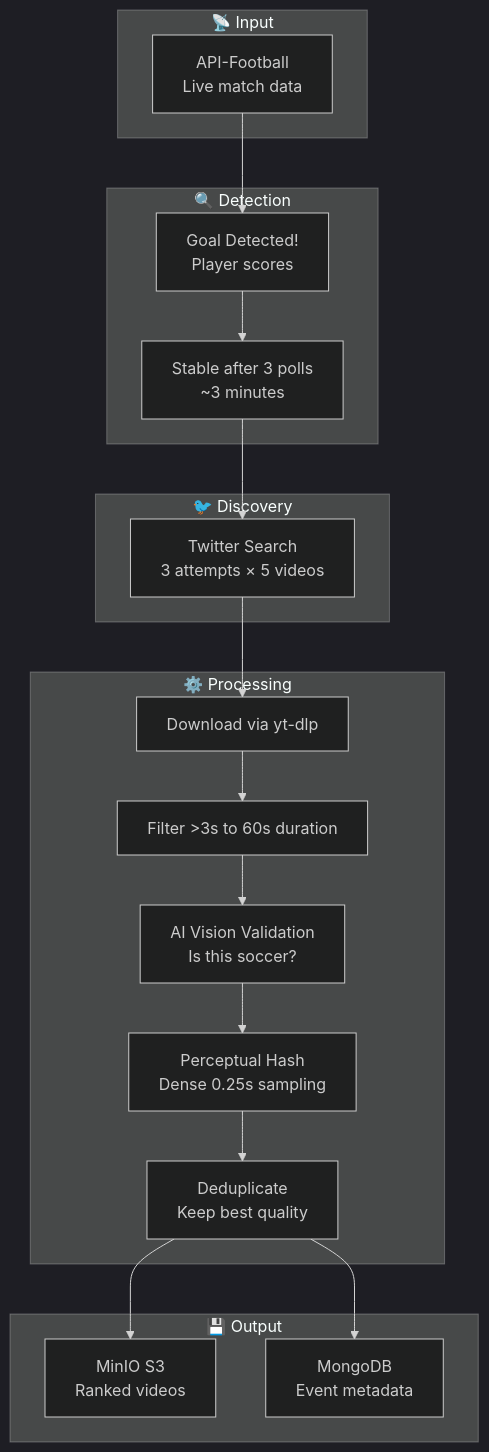
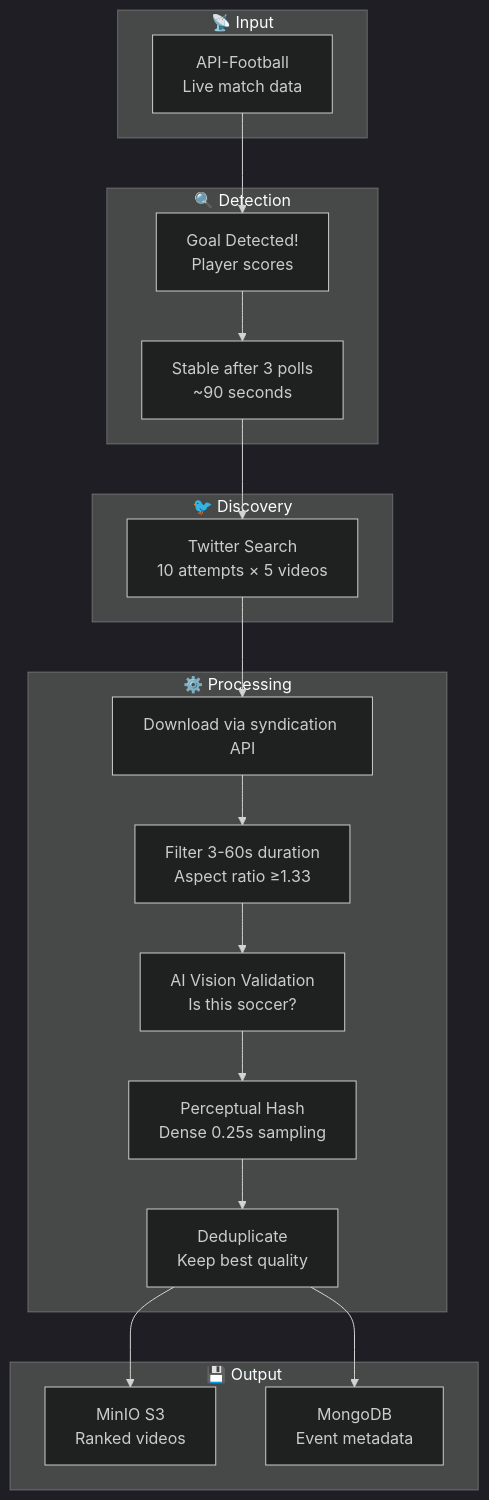
Before and after one commit to vedantadhobley/found-footy: the first of 14 diagrams in README.md, drawn with Mermaid (dark theme). The commit also changed other lines of this file and 4 other files, not shown here.

First line of the commit message:
docs: update README with multi-worker architecture and Mermaid diagrams

````diff
--- a/README.md
+++ b/README.md
@@ -11,34 +11,34 @@
 ```mermaid
 flowchart TB
     subgraph INPUT["📡 Input"]
         API[API-Football<br/>Live match data]
     end
     
     subgraph DETECT["🔍 Detection"]
         GOAL[Goal Detected!<br/>Player scores]
-        STABLE[Stable after 3 polls<br/>~3 minutes]
+        STABLE[Stable after 3 polls<br/>~90 seconds]
     end
     
     subgraph DISCOVER["🐦 Discovery"]
-        TWITTER[Twitter Search<br/>3 attempts × 5 videos]
+        TWITTER[Twitter Search<br/>10 attempts × 5 videos]
     end
     
     subgraph PROCESS["⚙️ Processing"]
-        DOWNLOAD[Download via yt-dlp]
-        FILTER[Filter >3s to 60s duration]
+        DOWNLOAD[Download via syndication API]
+        FILTER[Filter 3-60s duration<br/>Aspect ratio ≥1.33]
         AI[AI Vision Validation<br/>Is this soccer?]
         HASH[Perceptual Hash<br/>Dense 0.25s sampling]
         DEDUP[Deduplicate<br/>Keep best quality]
     end
     
     subgraph OUTPUT["💾 Output"]
         S3[MinIO S3<br/>Ranked videos]
         META[MongoDB<br/>Event metadata]
     end
     
     API --> GOAL --> STABLE
     STABLE --> TWITTER
     TWITTER --> DOWNLOAD --> FILTER --> AI --> HASH --> DEDUP
     DEDUP --> S3
     DEDUP --> META
 ```
````
